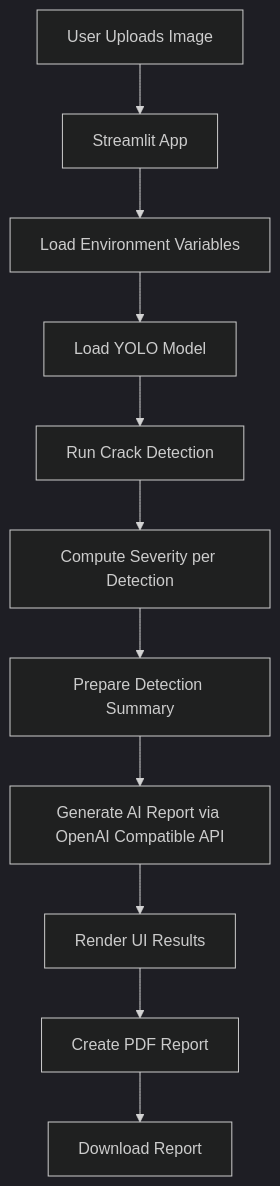
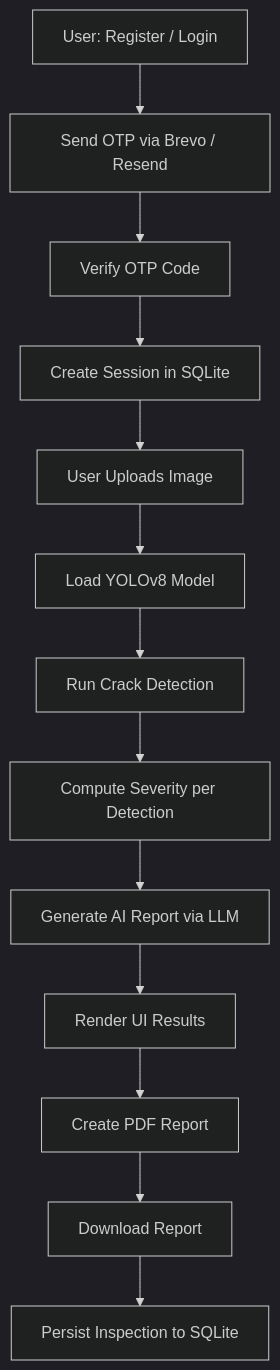
The second of 2 diagrams in README.md (phanimca/civil-ai-agent), drawn with Mermaid (dark theme) before and after one commit. The commit also changed other lines of this file and 18 other files, not shown here.

````diff
--- a/README.md
+++ b/README.md
@@ -70,13 +101,15 @@
 ```mermaid
 flowchart TD
-	A[User Uploads Image] --> B[Streamlit App]
-	B --> C[Load Environment Variables]
-	C --> D[Load YOLO Model]
-	D --> E[Run Crack Detection]
-	E --> F[Compute Severity per Detection]
-	F --> G[Prepare Detection Summary]
-	G --> H[Generate AI Report via OpenAI Compatible API]
-	H --> I[Render UI Results]
-	I --> J[Create PDF Report]
-	J --> K[Download Report]
+	A[User: Register / Login] --> B[Send OTP via Brevo / Resend]
+	B --> C[Verify OTP Code]
+	C --> D[Create Session in SQLite]
+	D --> E[User Uploads Image]
+	E --> F[Load YOLOv8 Model]
+	F --> G[Run Crack Detection]
+	G --> H[Compute Severity per Detection]
+	H --> I[Generate AI Report via LLM]
+	I --> J[Render UI Results]
+	J --> K[Create PDF Report]
+	K --> L[Download Report]
+	L --> M[Persist Inspection to SQLite]
 ```
````
